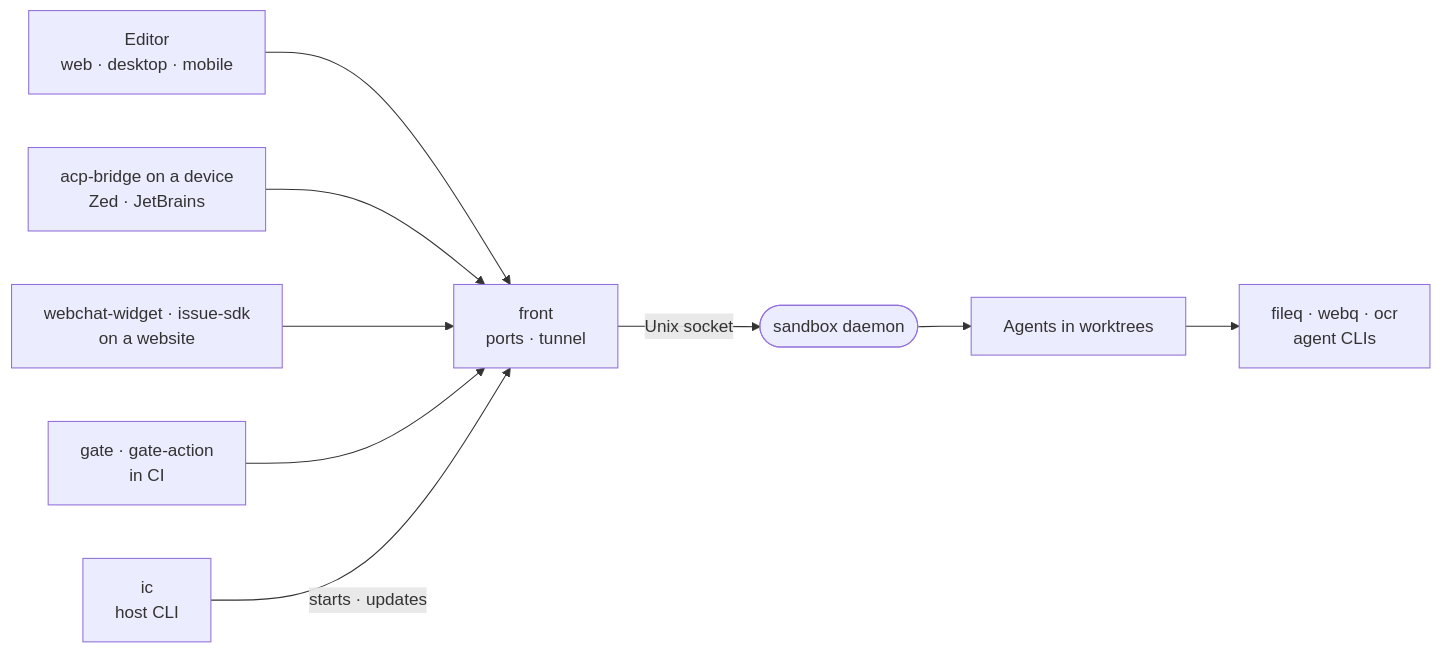
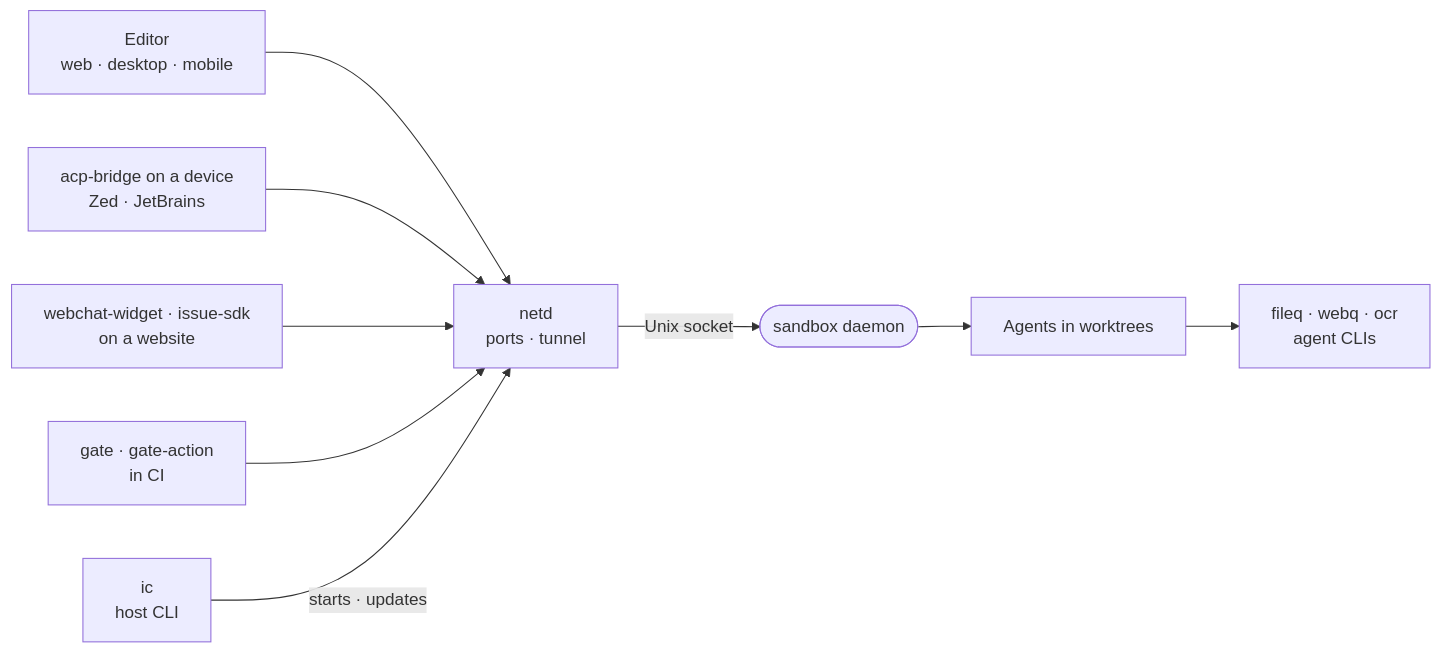
Before and after one commit to intentic/intentic: the diagram in _sandbox/README.md, drawn with Mermaid. The commit also changed other lines of this file and 248 other files, not shown here.

First line of the commit message:
feat(sandbox)!: replace front with netd and drop front-wire

````diff
--- a/_sandbox/README.md
+++ b/_sandbox/README.md
@@ -5,11 +5,11 @@
 ```mermaid
 flowchart LR
-    editor["Editor<br/>web · desktop · mobile"] --> front["front<br/>ports · tunnel"]
-    acp["acp-bridge on a device<br/>Zed · JetBrains"] --> front
-    embeds["webchat-widget · issue-sdk<br/>on a website"] --> front
-    ci["gate · gate-action<br/>in CI"] --> front
-    ic["ic<br/>host CLI"] -->|"starts · updates"| front
-    front -->|"Unix socket"| daemon(["sandbox daemon"])
+    editor["Editor<br/>web · desktop · mobile"] --> netd["netd<br/>ports · tunnel"]
+    acp["acp-bridge on a device<br/>Zed · JetBrains"] --> netd
+    embeds["webchat-widget · issue-sdk<br/>on a website"] --> netd
+    ci["gate · gate-action<br/>in CI"] --> netd
+    ic["ic<br/>host CLI"] -->|"starts · updates"| netd
+    netd -->|"Unix socket"| daemon(["sandbox daemon"])
     daemon --> agents["Agents in worktrees"]
     agents --> tools["fileq · webq · ocr<br/>agent CLIs"]
 ```
````
